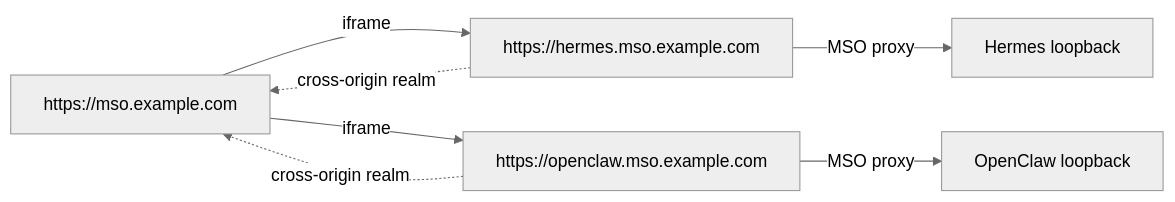
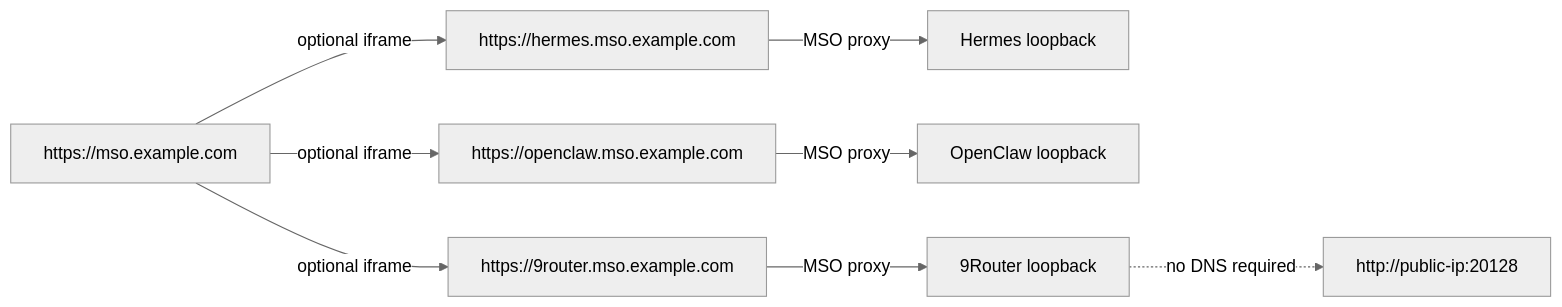
One commit to rahmanef63/mso changed the second of 2 diagrams in docs/MANAGED-APPS.md. Above: the diagram before and after it, drawn with Mermaid (neutral theme). The commit also changed other lines of this file and 21 other files, not shown here.

Commit message:
fix(managed-apps): make 9router public-ip first

````diff
--- a/docs/MANAGED-APPS.md
+++ b/docs/MANAGED-APPS.md
@@ -186,9 +217,10 @@
 ```mermaid
 flowchart LR
-  TOP[https://mso.example.com] -->|iframe| HH[https://hermes.mso.example.com]
-  TOP -->|iframe| OH[https://openclaw.mso.example.com]
+  TOP[https://mso.example.com] -->|optional iframe| HH[https://hermes.mso.example.com]
+  TOP -->|optional iframe| OH[https://openclaw.mso.example.com]
+  TOP -->|optional iframe| NH[https://9router.mso.example.com]
   HH -->|MSO proxy| H[Hermes loopback]
   OH -->|MSO proxy| O[OpenClaw loopback]
-  HH -. cross-origin realm .-> TOP
-  OH -. cross-origin realm .-> TOP
+  NH -->|MSO proxy| N[9Router loopback]
+  N -. no DNS required .-> PI[http://public-ip:20128]
 ```
````
